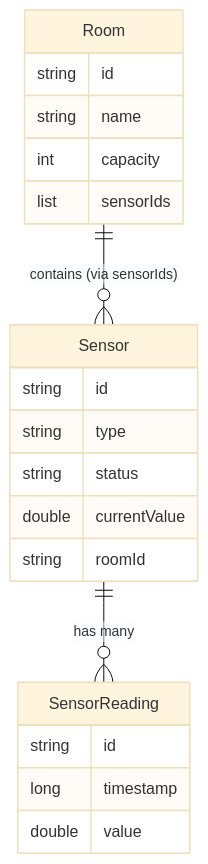
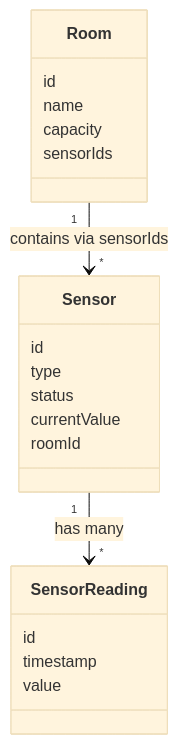
Before and after one commit to ThevinuJ/w2152987_csa_cw: the third of 3 diagrams in README.md, drawn with Mermaid (base theme).

````diff
--- a/README.md
+++ b/README.md
@@ -88,26 +88,26 @@
 ```mermaid
-erDiagram
-    Room ||--o{ Sensor : "contains (via sensorIds)"
-    Sensor ||--o{ SensorReading : "has many"
+classDiagram
+    Room "1" --> "*" Sensor : contains via sensorIds
+    Sensor "1" --> "*" SensorReading : has many
 
-    Room {
-        string id
-        string name
-        int capacity
-        list sensorIds
+    class Room {
+        id
+        name
+        capacity
+        sensorIds
     }
 
-    Sensor {
-        string id
-        string type
-        string status
-        double currentValue
-        string roomId
+    class Sensor {
+        id
+        type
+        status
+        currentValue
+        roomId
     }
 
-    SensorReading {
-        string id
-        long timestamp
-        double value
+    class SensorReading {
+        id
+        timestamp
+        value
     }
 ```
````
